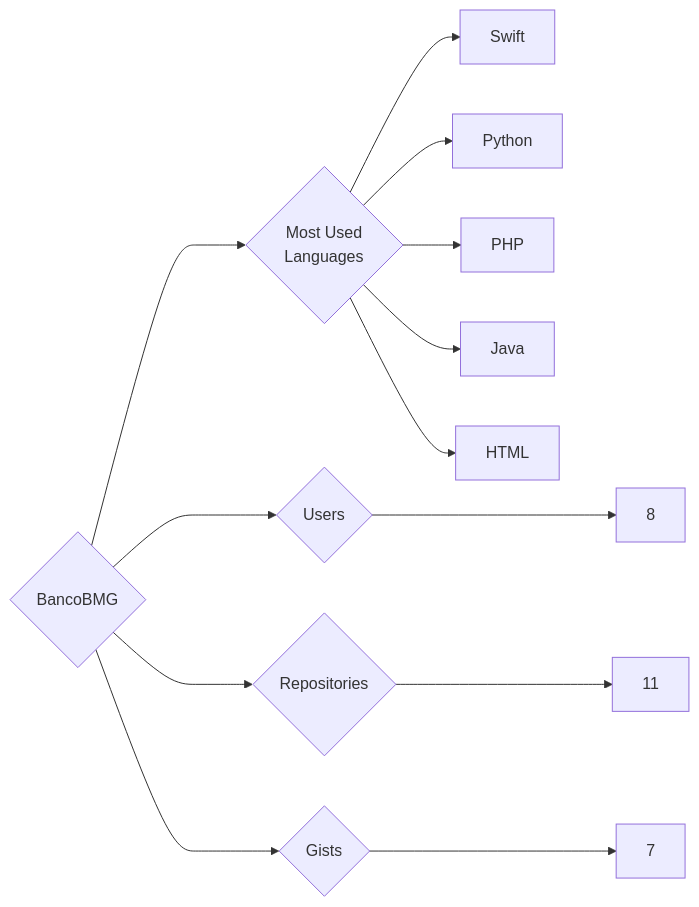
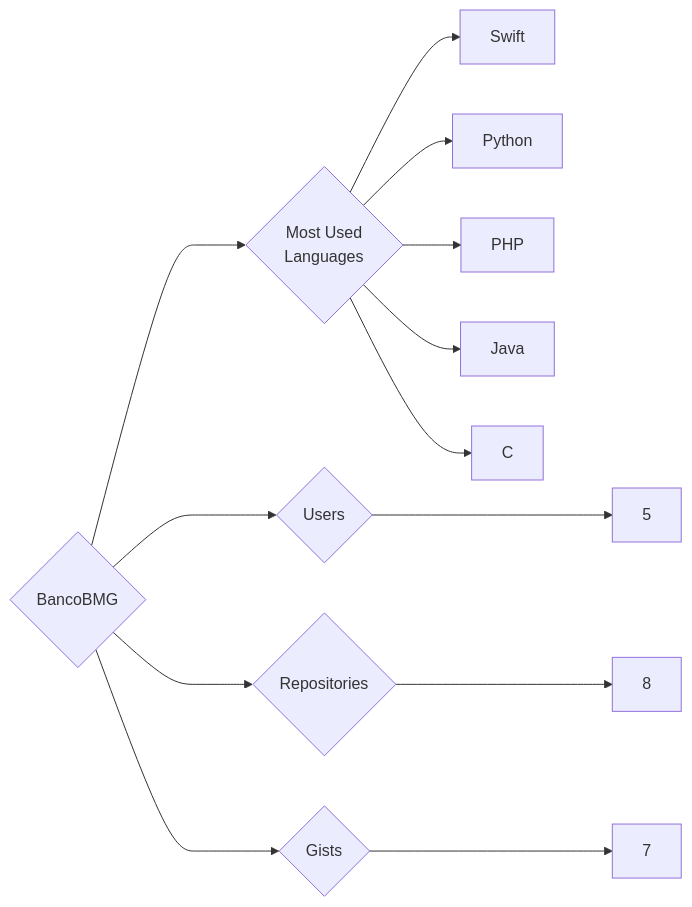
One commit to trickest/insiders changed the diagram in targets/BancoBMG/README.md. Above: the diagram before and after it, drawn with Mermaid. The commit also changed 1166 other files, not shown here.

````diff
--- a/targets/BancoBMG/README.md
+++ b/targets/BancoBMG/README.md
@@ -3,13 +3,13 @@
 ```mermaid
 graph LR
 COMPANY_NAME{BancoBMG}
-COMPANY_NAME ---> U{Users} ---> UN[8]
-COMPANY_NAME ---> R{Repositories} ---> RN[11]
+COMPANY_NAME ---> U{Users} ---> UN[5]
+COMPANY_NAME ---> R{Repositories} ---> RN[8]
 COMPANY_NAME ---> G{Gists} ---> GN[7]
 COMPANY_NAME ---> ML{Most Used<br>Languages}
 ML --> Swift[Swift]
 ML --> Python[Python]
 ML --> PHP[PHP]
 ML --> Java[Java]
-ML --> HTML[HTML]
+ML --> C[C]
 ```
````
